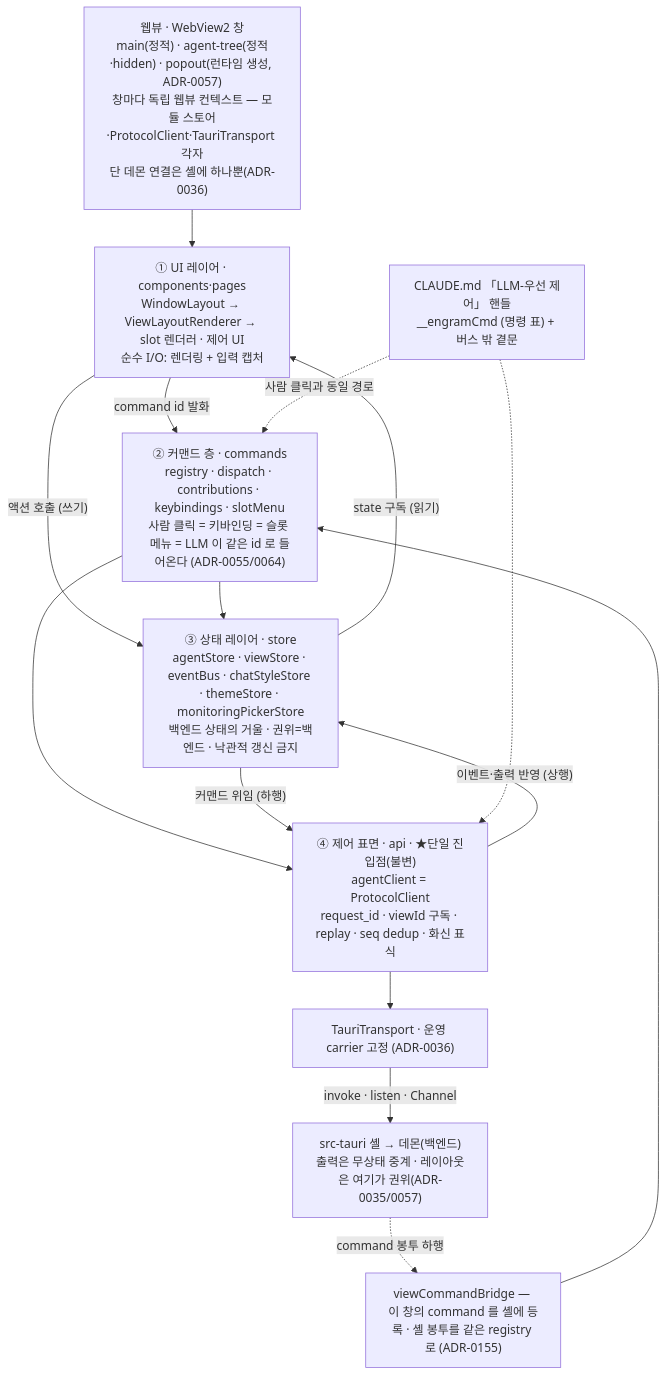
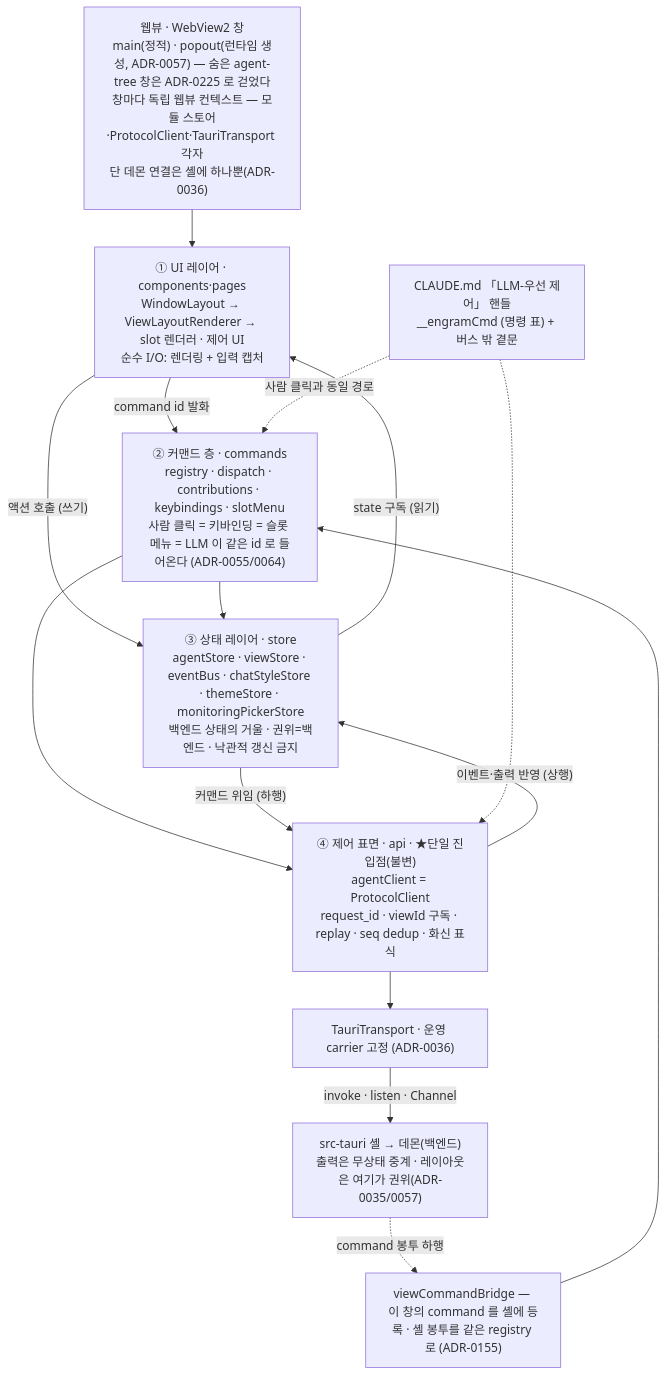
One commit to kimsunzun/engram-dashboard changed diagram 11 of 20 in docs/reference/architecture-overview.md. Above: the diagram before and after it, drawn with Mermaid. The commit also changed other lines of this file and 7 other files, not shown here.

````diff
--- a/docs/reference/architecture-overview.md
+++ b/docs/reference/architecture-overview.md
@@ -517,27 +517,27 @@
 ```mermaid
 flowchart TD
-  WV["웹뷰 · WebView2 창<br/>main(정적) · agent-tree(정적·hidden) · popout(런타임 생성, ADR-0057)<br/>창마다 독립 웹뷰 컨텍스트 — 모듈 스토어·ProtocolClient·TauriTransport 각자<br/>단 데몬 연결은 셸에 하나뿐(ADR-0036)"]
+  WV["웹뷰 · WebView2 창<br/>main(정적) · popout(런타임 생성, ADR-0057) — 숨은 agent-tree 창은 ADR-0225 로 걷었다<br/>창마다 독립 웹뷰 컨텍스트 — 모듈 스토어·ProtocolClient·TauriTransport 각자<br/>단 데몬 연결은 셸에 하나뿐(ADR-0036)"]
   UI["① UI 레이어 · components·pages<br/>WindowLayout → ViewLayoutRenderer → slot 렌더러 · 제어 UI<br/>순수 I/O: 렌더링 + 입력 캡처"]
   CMD["② 커맨드 층 · commands<br/>registry · dispatch · contributions · keybindings · slotMenu<br/>사람 클릭 = 키바인딩 = 슬롯 메뉴 = LLM 이 같은 id 로 들어온다 (ADR-0055/0064)"]
   BR["viewCommandBridge — 이 창의 command 를 셸에 등록 · 셸 봉투를 같은 registry 로 (ADR-0155)"]
   ST["③ 상태 레이어 · store<br/>agentStore · viewStore · eventBus · chatStyleStore · themeStore · monitoringPickerStore<br/>백엔드 상태의 거울 · 권위=백엔드 · 낙관적 갱신 금지"]
   CS["④ 제어 표면 · api · ★단일 진입점(불변)<br/>agentClient = ProtocolClient<br/>request_id · viewId 구독 · replay · seq dedup · 화신 표식"]
   TT["TauriTransport · 운영 carrier 고정 (ADR-0036)"]
   BE["src-tauri 셸 → 데몬(백엔드)<br/>출력은 무상태 중계 · 레이아웃은 여기가 권위(ADR-0035/0057)"]
   LLM["CLAUDE.md 「LLM-우선 제어」 핸들<br/>__engramCmd (명령 표) + 버스 밖 곁문"]
 
   WV --> UI
   UI -->|"command id 발화"| CMD
   UI -->|"액션 호출 (쓰기)"| ST
   ST -->|"state 구독 (읽기)"| UI
   CMD --> ST
   CMD --> CS
   BR --> CMD
   ST -->|"커맨드 위임 (하행)"| CS
   CS -->|"이벤트·출력 반영 (상행)"| ST
   CS --> TT
   TT -->|"invoke · listen · Channel"| BE
   BE -.->|"command 봉투 하행"| BR
   LLM -.->|"사람 클릭과 동일 경로"| CMD
   LLM -.-> CS
 ```
````
